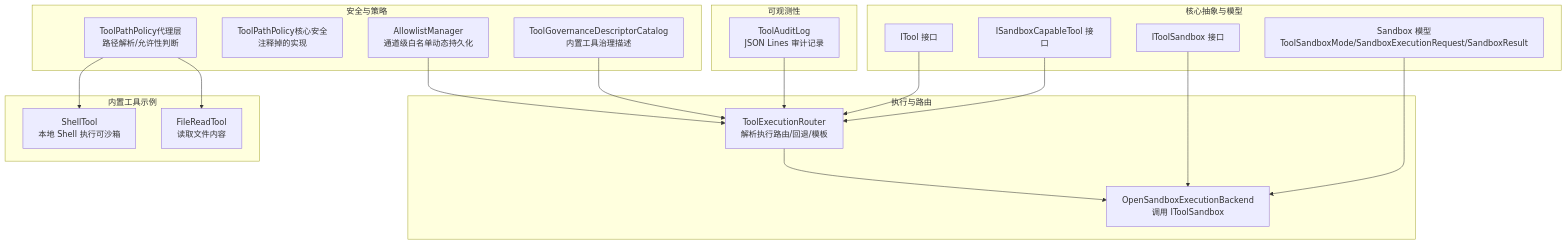
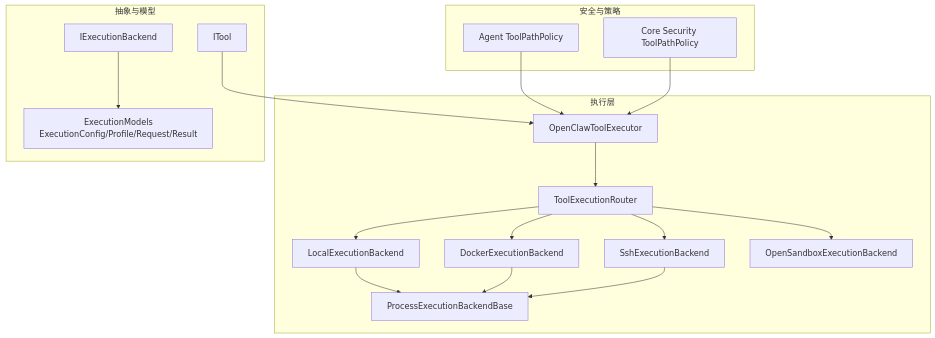
Before and after one commit to wayyet/kingcrab: the first of 7 diagrams in .qoder/repowiki/zh/content/工具系统/工具系统.md, drawn with Mermaid. The commit also changed other lines of this file and 173 other files, not shown here.

````diff
--- a/.qoder/repowiki/zh/content/工具系统/工具系统.md
+++ b/.qoder/repowiki/zh/content/工具系统/工具系统.md
@@ -45,36 +42,33 @@
 ```mermaid
 graph TB
-subgraph "核心抽象与模型"
-ITool["ITool 接口"]
-ISandboxCapableTool["ISandboxCapableTool 接口"]
-IToolSandbox["IToolSandbox 接口"]
-SandboxModels["Sandbox 模型<br/>ToolSandboxMode/SandboxExecutionRequest/SandboxResult"]
+subgraph "执行层"
+Executor["OpenClawToolExecutor"]
+Router["ToolExecutionRouter"]
+Local["LocalExecutionBackend"]
+Docker["DockerExecutionBackend"]
+Ssh["SshExecutionBackend"]
+OpenSandbox["OpenSandboxExecutionBackend"]
+ProcBase["ProcessExecutionBackendBase"]
 end
-subgraph "执行与路由"
-ToolExecutionRouter["ToolExecutionRouter<br/>解析执行路由/回退/模板"]
-OpenSandboxBackend["OpenSandboxExecutionBackend<br/>调用 IToolSandbox"]
+subgraph "抽象与模型"
+IExec["IExecutionBackend"]
+Models["ExecutionModels<br/>ExecutionConfig/Profile/Request/Result"]
+ITool["ITool"]
 end
 subgraph "安全与策略"
-ToolPathPolicyAgent["ToolPathPolicy代理层<br/>路径解析/允许性判断"]
-ToolPathPolicyCore["ToolPathPolicy核心安全<br/>注释掉的实现"]
-AllowlistManager["AllowlistManager<br/>通道级白名单动态持久化"]
-GovernanceCatalog["ToolGovernanceDescriptorCatalog<br/>内置工具治理描述"]
+AgentToolPath["Agent ToolPathPolicy"]
+CoreToolPath["Core Security ToolPathPolicy"]
 end
-subgraph "内置工具示例"
-FileReadTool["FileReadTool<br/>读取文件内容"]
-ShellTool["ShellTool<br/>本地 Shell 执行可沙箱"]
-end
-subgraph "可观测性"
-ToolAuditLog["ToolAuditLog<br/>JSON Lines 审计记录"]
-end
-ITool --> ToolExecutionRouter
-ISandboxCapableTool --> ToolExecutionRouter
-IToolSandbox --> OpenSandboxBackend
-SandboxModels --> OpenSandboxBackend
-ToolExecutionRouter --> OpenSandboxBackend
-ToolPathPolicyAgent --> FileReadTool
-ToolPathPolicyAgent --> ShellTool
-AllowlistManager --> ToolExecutionRouter
-GovernanceCatalog --> ToolExecutionRouter
-ToolAuditLog --> ToolExecutionRouter
+Executor --> Router
+Router --> Local
+Router --> Docker
+Router --> Ssh
+Router --> OpenSandbox
+Local --> ProcBase
+Docker --> ProcBase
+Ssh --> ProcBase
+IExec --> Models
+ITool --> Executor
+AgentToolPath --> Executor
+CoreToolPath --> Executor
 ```
````
